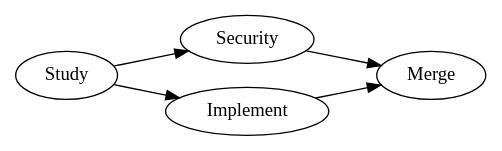
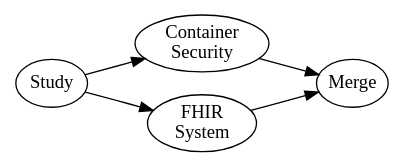
One commit to 25077667/Container_Security changed the diagram in report/apply/methFlow.dot. Above: the diagram before and after it, drawn with Graphviz. The commit also changed 4 other files, not shown here.

```diff
--- a/report/apply/methFlow.dot
+++ b/report/apply/methFlow.dot
@@ -1,5 +1,10 @@
 digraph methFlow {
-rankdir=LR;
-Study -> Security -> Merge;
-Study -> Implement -> Merge;
+Study[margin="0"]
+Merge[margin="0"]
+"Container\n Security"[margin="0"]
+"FHIR\nSystem "[margin="0"]
+
+Study -> "Container\n Security"-> Merge
+Study -> "FHIR\nSystem " -> Merge
+rankdir=LR
 }
```
